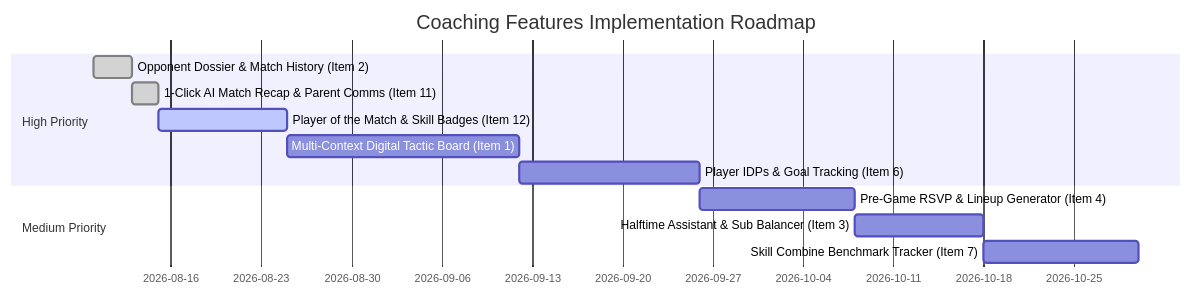
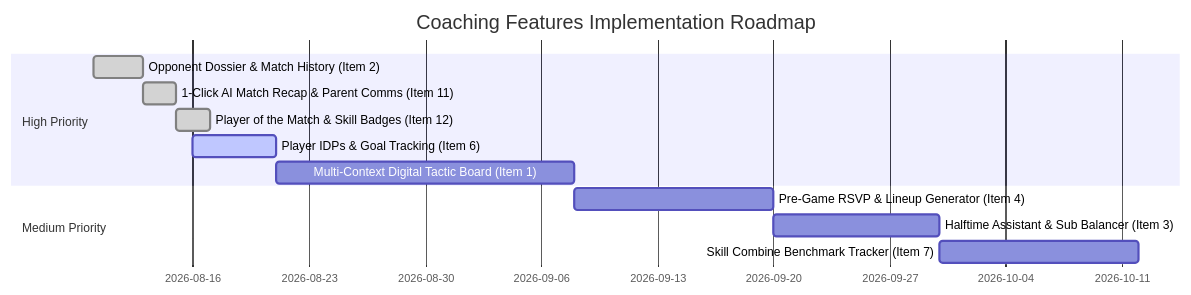
The diagram in .planning/NEXT_FEATURES.md (pjlamb12/apex-team-management), drawn with Mermaid before and after one commit. The commit also changed other lines of this file and 36 other files, not shown here.

Commit message:
feat: implement individual player development plans (IDPs) and goal tracking

````diff
--- a/.planning/NEXT_FEATURES.md
+++ b/.planning/NEXT_FEATURES.md
@@ -190,15 +190,15 @@
 ```mermaid
 gantt
     title Coaching Features Implementation Roadmap
     dateFormat  YYYY-MM-DD
     section High Priority
     Opponent Dossier & Match History (Item 2)        :done, p1, 2026-08-10, 3d
     1-Click AI Match Recap & Parent Comms (Item 11)   :done, p2, 2026-08-13, 2d
-    Player of the Match & Skill Badges (Item 12)     :active, p3, 2026-08-15, 10d
-    Multi-Context Digital Tactic Board (Item 1)      :p4, after p3, 18d
-    Player IDPs & Goal Tracking (Item 6)             :p5, after p4, 14d
+    Player of the Match & Skill Badges (Item 12)     :done, p3, 2026-08-15, 2d
+    Player IDPs & Goal Tracking (Item 6)             :active, p5, 2026-08-16, 5d
+    Multi-Context Digital Tactic Board (Item 1)      :p4, after p5, 18d
     section Medium Priority
-    Pre-Game RSVP & Lineup Generator (Item 4)        :p6, after p5, 12d
+    Pre-Game RSVP & Lineup Generator (Item 4)        :p6, after p4, 12d
     Halftime Assistant & Sub Balancer (Item 3)       :p7, after p6, 10d
     Skill Combine Benchmark Tracker (Item 7)         :p8, after p7, 12d
 ```
````
